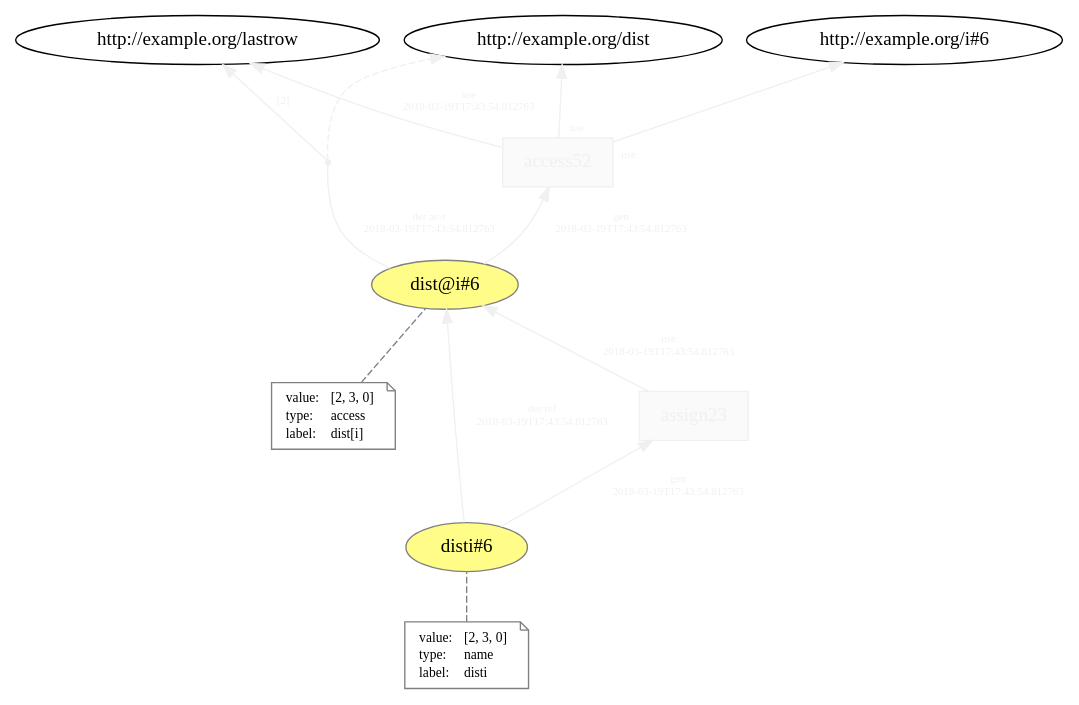
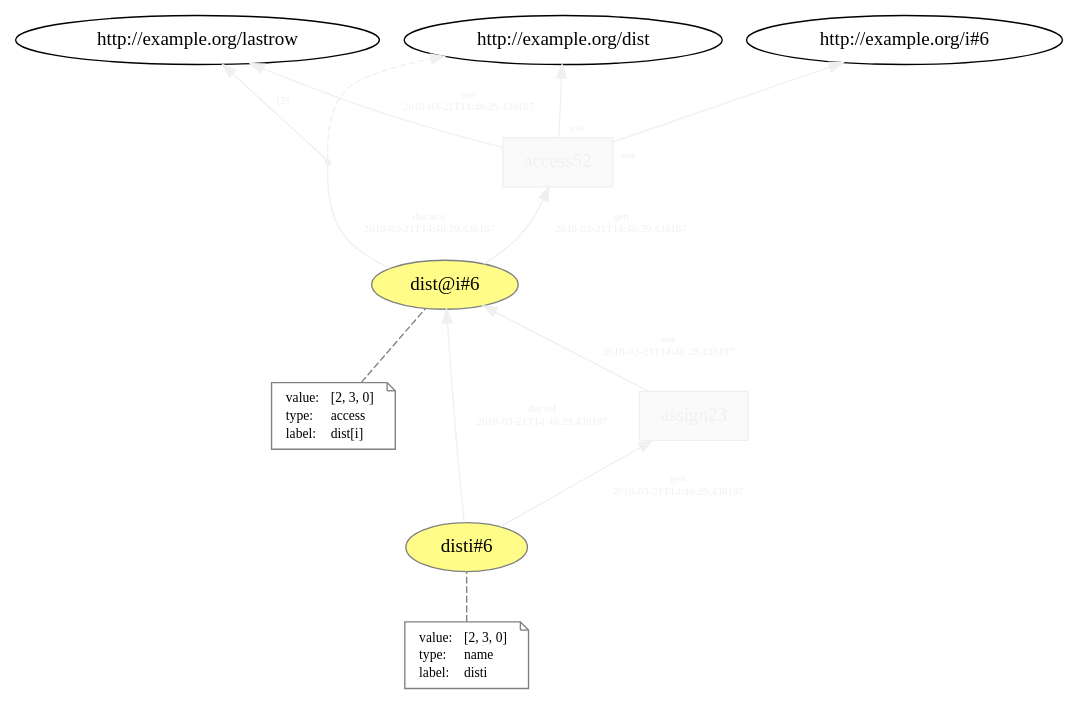
Before and after one commit to dew-uff/versioned-prov: the diagram in generated/intertwined_prov/temp/L16__access__assign_6.dot, drawn with Graphviz. The commit also changed 779 other files, not shown here.

```diff
--- a/generated/intertwined_prov/temp/L16__access__assign_6.dot
+++ b/generated/intertwined_prov/temp/L16__access__assign_6.dot
@@ -1,53 +1,53 @@
 digraph "PROV" { size="16,12"; rankdir="BT";
 "http://example.org/dist@i#6" [fillcolor="#FFFC87",color="#808080",style="filled",label="dist@i#6",URL="http://example.org/dist@i#6"]
 "-attrs0" [color="gray",shape="note",fontsize="10",fontcolor="black",label=<<TABLE cellpadding="0" border="0">
 	<TR>
 	    <TD align="left">value:</TD>
 	    <TD align="left">[2, 3, 0]</TD>
 	</TR>
 	<TR>
 	    <TD align="left">type:</TD>
 	    <TD align="left">access</TD>
 	</TR>
 	<TR>
 	    <TD align="left">label:</TD>
 	    <TD align="left">dist[i]</TD>
 	</TR>
 </TABLE>>]
 "-attrs0" -> "http://example.org/dist@i#6" [color="gray",style="dashed",arrowhead="none"]
 "http://example.org/access52" [fillcolor="#FAFAFA",color="#F0F0F0",shape="polygon",sides="4",style="filled",fontcolor="#F0F0F0",label="access52",URL="http://example.org/access52"]
 "bn0" [shape="point",label="",fontcolor="#F0F0F0",color="#F0F0F0"]
 "http://example.org/dist@i#6" -> "bn0" [fontsize="8",distance="1.5",angle="60.0",rotation="20",label="der ac-r
-2018-03-19T17:43:54.812763",arrowhead="none",fontcolor="#F0F0F0",color="#F0F0F0"]
+2018-03-21T14:46:29.438187",arrowhead="none",fontcolor="#F0F0F0",color="#F0F0F0"]
 "bn0" -> "http://example.org/dist" [style="dashed",fontcolor="#F0F0F0",color="#F0F0F0"]
 "bn0" -> "http://example.org/lastrow" [fontsize="8",distance="1.5",angle="60.0",rotation="20",label="[2]",fontcolor="#F0F0F0",color="#F0F0F0"]
 "http://example.org/access52" -> "http://example.org/dist" [labelfontsize="8",labeldistance="1.5",labelangle="60.0",rotation="20",taillabel="use",fontcolor="#F0F0F0",color="#F0F0F0"]
 "http://example.org/access52" -> "http://example.org/i#6" [labelfontsize="8",labeldistance="1.5",labelangle="60.0",rotation="20",taillabel="use",fontcolor="#F0F0F0",color="#F0F0F0"]
 "http://example.org/disti#6" [fillcolor="#FFFC87",color="#808080",style="filled",label="disti#6",URL="http://example.org/disti#6"]
 "-attrs1" [color="gray",shape="note",fontsize="10",fontcolor="black",label=<<TABLE cellpadding="0" border="0">
 	<TR>
 	    <TD align="left">value:</TD>
 	    <TD align="left">[2, 3, 0]</TD>
 	</TR>
 	<TR>
 	    <TD align="left">type:</TD>
 	    <TD align="left">name</TD>
 	</TR>
 	<TR>
 	    <TD align="left">label:</TD>
 	    <TD align="left">disti</TD>
 	</TR>
 </TABLE>>]
 "-attrs1" -> "http://example.org/disti#6" [color="gray",style="dashed",arrowhead="none"]
 "http://example.org/assign23" [fillcolor="#FAFAFA",color="#F0F0F0",shape="polygon",sides="4",style="filled",fontcolor="#F0F0F0",label="assign23",URL="http://example.org/assign23"]
 "http://example.org/disti#6" -> "http://example.org/dist@i#6" [fontsize="8",distance="1.5",angle="60.0",rotation="20",label="der ref
-2018-03-19T17:43:54.812763",fontcolor="#F0F0F0",color="#F0F0F0"]
+2018-03-21T14:46:29.438187",fontcolor="#F0F0F0",color="#F0F0F0"]
+"http://example.org/assign23" -> "http://example.org/dist@i#6" [fontsize="8",distance="1.5",angle="60.0",rotation="20",label="use
+2018-03-21T14:46:29.438187",fontcolor="#F0F0F0",color="#F0F0F0"]
 "http://example.org/access52" -> "http://example.org/lastrow" [fontsize="8",distance="1.5",angle="60.0",rotation="20",label="use
-2018-03-19T17:43:54.812763",fontcolor="#F0F0F0",color="#F0F0F0"]
-"http://example.org/assign23" -> "http://example.org/dist@i#6" [fontsize="8",distance="1.5",angle="60.0",rotation="20",label="use
-2018-03-19T17:43:54.812763",fontcolor="#F0F0F0",color="#F0F0F0"]
+2018-03-21T14:46:29.438187",fontcolor="#F0F0F0",color="#F0F0F0"]
 "http://example.org/dist@i#6" -> "http://example.org/access52" [fontsize="8",distance="1.5",angle="60.0",rotation="20",label="gen
-2018-03-19T17:43:54.812763",fontcolor="#F0F0F0",color="#F0F0F0"]
+2018-03-21T14:46:29.438187",fontcolor="#F0F0F0",color="#F0F0F0"]
 "http://example.org/disti#6" -> "http://example.org/assign23" [fontsize="8",distance="1.5",angle="60.0",rotation="20",label="gen
-2018-03-19T17:43:54.812763",fontcolor="#F0F0F0",color="#F0F0F0"]
+2018-03-21T14:46:29.438187",fontcolor="#F0F0F0",color="#F0F0F0"]
 }
```
